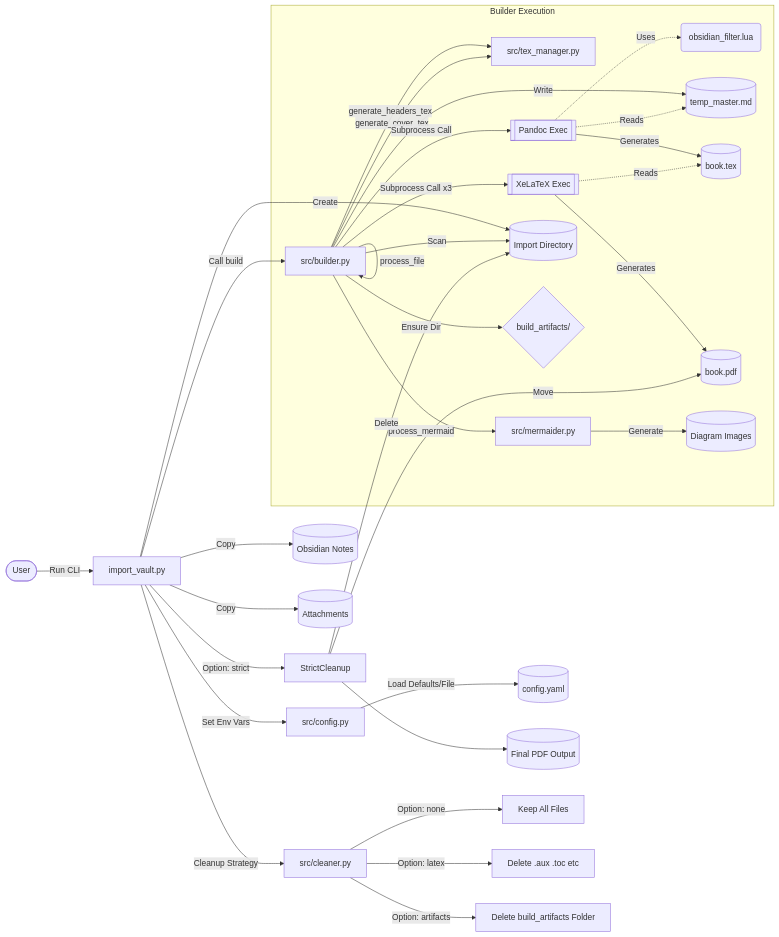
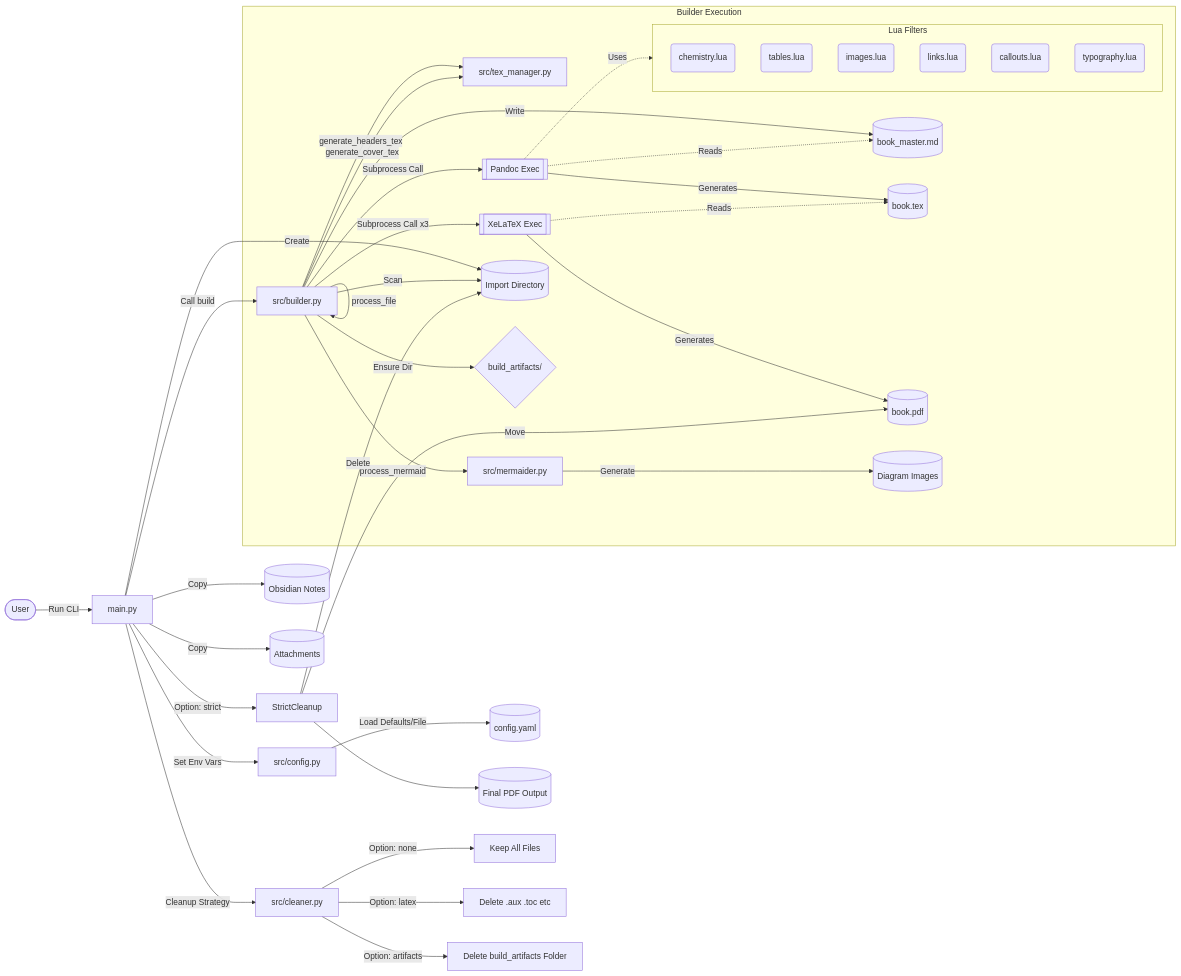
One commit to milind2k4/Vault-to-Book changed the diagram in execution_flow.md. Above: the diagram before and after it, drawn with Mermaid. The commit also changed other lines of this file and 7 other files, not shown here.

````diff
--- a/execution_flow.md
+++ b/execution_flow.md
@@ -5,68 +5,76 @@
 ```mermaid
 graph LR
     User([User])
-    EntryScript["import_vault.py"]
+    EntryScript["main.py"]
     Config["src/config.py"]
     Builder["src/builder.py"]
     TexManager["src/tex_manager.py"]
     Mermaider["src/mermaider.py"]
     Cleaner["src/cleaner.py"]
     Pandoc[["Pandoc Exec"]]
     XeLaTeX[["XeLaTeX Exec"]]
-    LuaFilter("obsidian_filter.lua")
+    
+    subgraph LuaFilters [Lua Filters]
+        Chemistry("chemistry.lua")
+        Tables("tables.lua")
+        Images("images.lua")
+        Links("links.lua")
+        Callouts("callouts.lua")
+        Typography("typography.lua")
+    end
     
     ConfigYAML[("config.yaml")]
     RawNotes[("Obsidian Notes")]
     RawAttachments[("Attachments")]
     ImportDir[("Import Directory")]
-    TempMaster[("temp_master.md")]
+    TempMaster[("book_master.md")]
     TeX_File[("book.tex")]
     PDF_File[("book.pdf")]
-    Images[("Diagram Images")]
+    ImagesArtifacts[("Diagram Images")]
     ArtifactsDir{"build_artifacts/"}
     FinalOutput[("Final PDF Output")]
 
     User -->|Run CLI| EntryScript
     EntryScript -->|Copy| RawNotes
     EntryScript -->|Copy| RawAttachments
     EntryScript -->|Create| ImportDir
     
     EntryScript -->|Set Env Vars| Config
     Config -->|Load Defaults/File| ConfigYAML
     
     EntryScript -->|Call build| Builder
     
     subgraph BuilderLogic [Builder Execution]
         Builder -->|Ensure Dir| ArtifactsDir
         Builder -->|Scan| ImportDir
         
         Builder -->|generate_headers_tex| TexManager
         Builder -->|generate_cover_tex| TexManager
         
         Builder -->|process_file| Builder
         Builder -->|process_mermaid| Mermaider
-        Mermaider -->|Generate| Images
+        Mermaider -->|Generate| ImagesArtifacts
         
         Builder -->|Write| TempMaster
         
         Builder -->|Subprocess Call| Pandoc
-        Pandoc -.->|Uses| LuaFilter
+        Pandoc -.->|Uses| LuaFilters
         Pandoc -.->|Reads| TempMaster
         Pandoc -->|Generates| TeX_File
         
         Builder -->|Subprocess Call x3| XeLaTeX
         XeLaTeX -.->|Reads| TeX_File
         XeLaTeX -->|Generates| PDF_File
     end
     
     EntryScript -->|Cleanup Strategy| Cleaner
     
     Cleaner -->|Option: none| KeepAll[Keep All Files]
     Cleaner -->|Option: latex| DelIntermediates[Delete .aux .toc etc]
     Cleaner -->|Option: artifacts| DelArtifacts[Delete build_artifacts Folder]
     
     EntryScript -->|Option: strict| StrictCleanup
     StrictCleanup -->|Move| PDF_File
     StrictCleanup --> FinalOutput
     StrictCleanup -->|Delete| ImportDir
 ```
````
